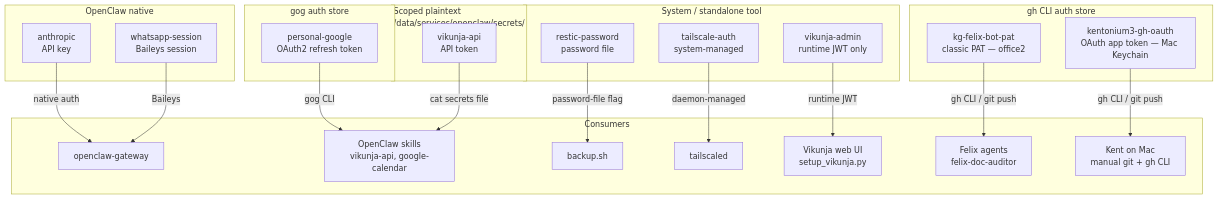
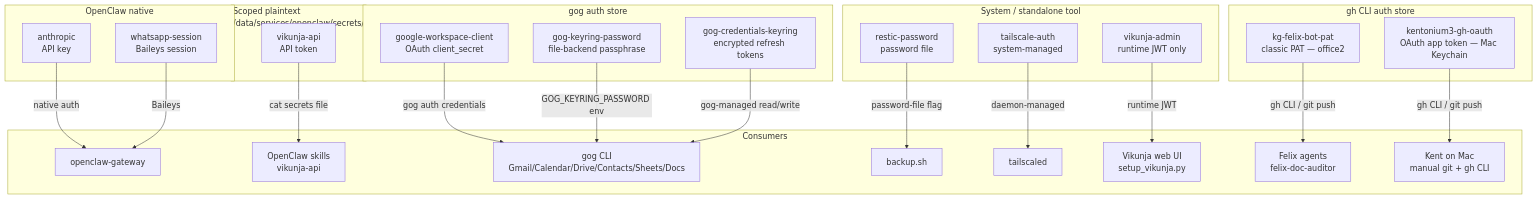
One commit to kentonium3/kg-automation changed the diagram in docs/design/architecture/credentials-and-secrets.md. Above: the diagram before and after it, drawn with Mermaid. The commit also changed other lines of this file and 9 other files, not shown here.

Commit message:
feat(kitty/mission-google-workspace-foundation-01KRH4PE): squash merge of mission

````diff
--- a/docs/design/architecture/credentials-and-secrets.md
+++ b/docs/design/architecture/credentials-and-secrets.md
@@ -86,46 +110,51 @@
 ```mermaid
 graph TD
     subgraph "gog auth store"
-        G[personal-google<br/>OAuth2 refresh token]
+        GC[google-workspace-client<br/>OAuth client_secret]
+        GP[gog-keyring-password<br/>file-backend passphrase]
+        GK[gog-credentials-keyring<br/>encrypted refresh tokens]
     end
 
     subgraph "OpenClaw native"
         A[anthropic<br/>API key]
         W[whatsapp-session<br/>Baileys session]
     end
 
     subgraph "Scoped plaintext<br/>/data/services/openclaw/secrets/"
         V[vikunja-api<br/>API token]
     end
 
     subgraph "System / standalone tool"
         R[restic-password<br/>password file]
         T[tailscale-auth<br/>system-managed]
         VA[vikunja-admin<br/>runtime JWT only]
     end
 
     subgraph "gh CLI auth store"
         GH[kg-felix-bot-pat<br/>classic PAT — office2]
         GHK[kentonium3-gh-oauth<br/>OAuth app token — Mac Keychain]
     end
 
     subgraph "Consumers"
         OC[openclaw-gateway]
-        SK[OpenClaw skills<br/>vikunja-api, google-calendar]
+        SK[OpenClaw skills<br/>vikunja-api]
+        GOG[gog CLI<br/>Gmail/Calendar/Drive/Contacts/Sheets/Docs]
         BK[backup.sh]
         TS[tailscaled]
         UI[Vikunja web UI<br/>setup_vikunja.py]
         FA[Felix agents<br/>felix-doc-auditor]
         KM[Kent on Mac<br/>manual git + gh CLI]
     end
 
-    G -->|gog CLI| SK
+    GC -->|gog auth credentials| GOG
+    GP -->|GOG_KEYRING_PASSWORD env| GOG
+    GK -->|gog-managed read/write| GOG
     A -->|native auth| OC
     W -->|Baileys| OC
     V -->|cat secrets file| SK
     R -->|password-file flag| BK
     T -->|daemon-managed| TS
     VA -->|runtime JWT| UI
     GH -->|gh CLI / git push| FA
     GHK -->|gh CLI / git push| KM
 ```
````
